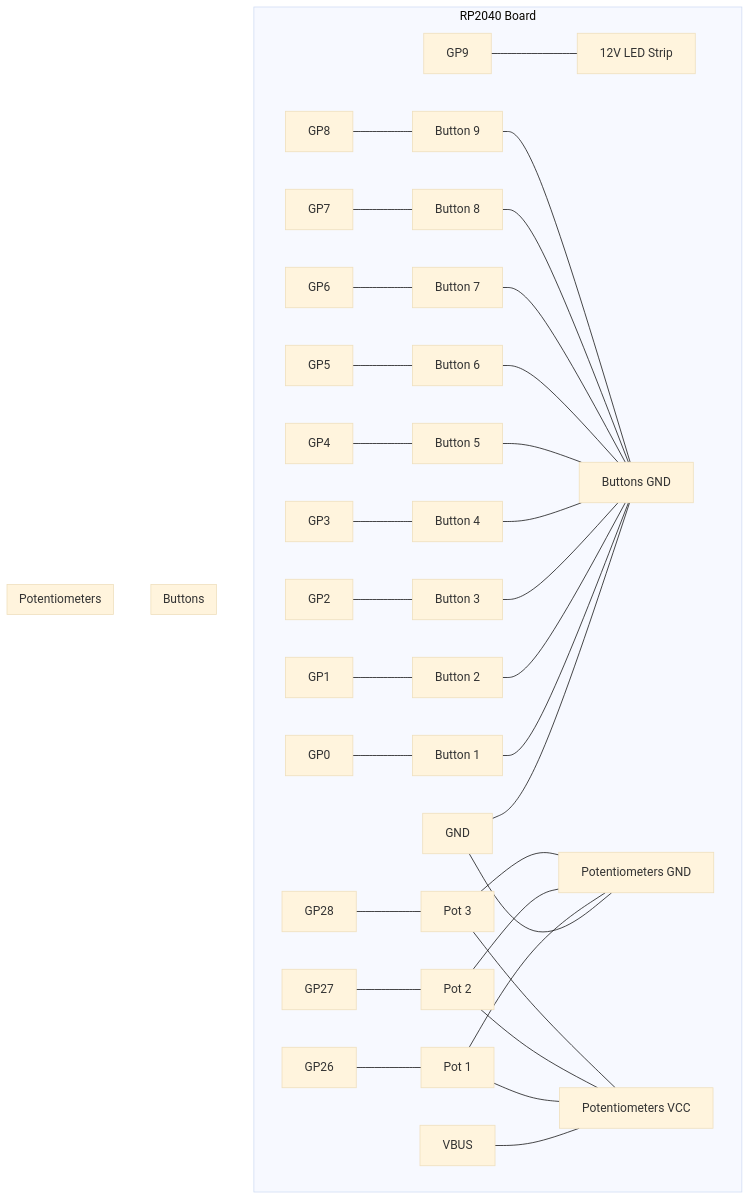
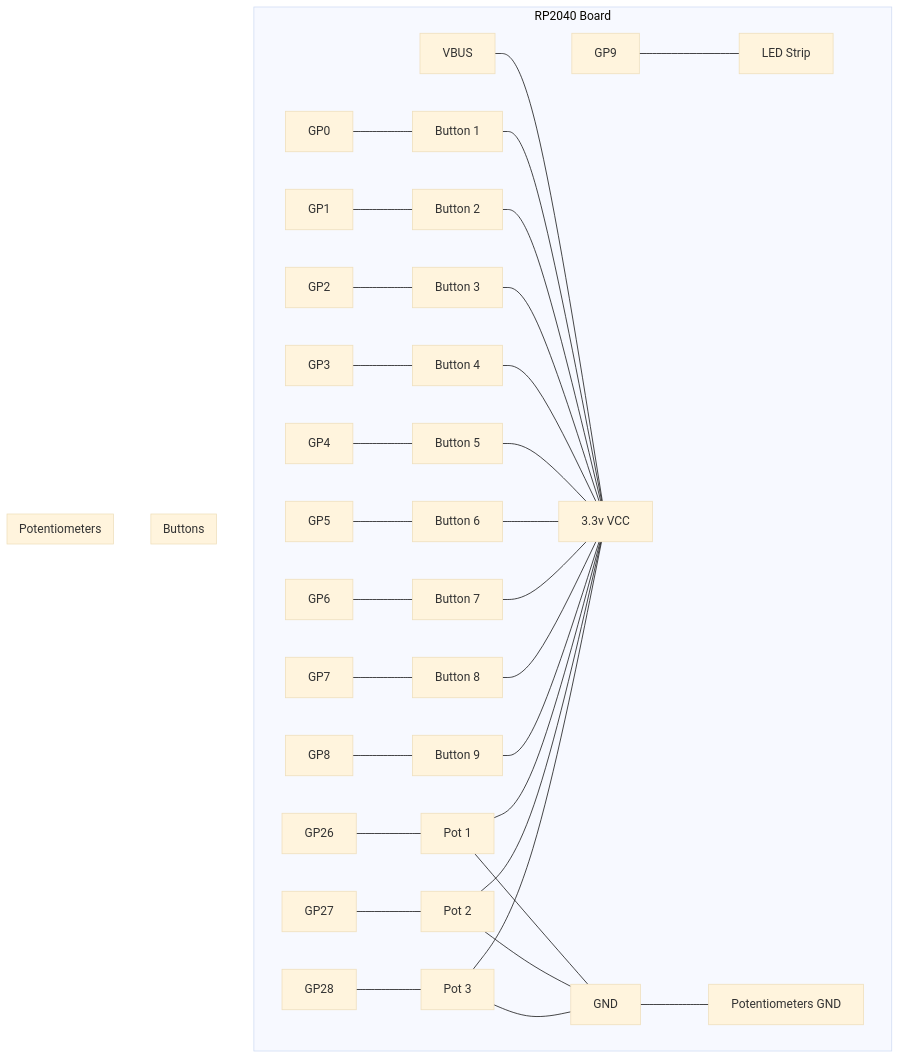
The diagram in README.md (kaa-serpent/MIDIgnon), drawn with Mermaid (base theme) before and after one commit. The commit also changed other lines of this file, not shown here.

Commit message:
update read me

````diff
--- a/README.md
+++ b/README.md
@@ -39,46 +39,45 @@
 ```mermaid
 graph TD
     subgraph RP2040 Board
         GP0 --- B1[Button 1]
         GP1 --- B2[Button 2]
         GP2 --- B3[Button 3]
         GP3 --- B4[Button 4]
         GP4 --- B5[Button 5]
         GP5 --- B6[Button 6]
         GP6 --- B7[Button 7]
         GP7 --- B8[Button 8]
         GP8 --- B9[Button 9]
 
         GP26 --- P1[Pot 1]
         GP27 --- P2[Pot 2]
         GP28 --- P3[Pot 3]
 
-        GP9 --- LED[12V LED Strip]
+        GP9 --- LED[LED Strip]
         
-        GND --- GND_B[Buttons GND]
+        VBUS --- VCC[3.3v VCC]
         GND --- GND_P[Potentiometers GND]
-        VBUS --- VCC_P[Potentiometers VCC]
     end
 
     subgraph Buttons
-        B1 --- GND_B
-        B2 --- GND_B
-        B3 --- GND_B
-        B4 --- GND_B
-        B5 --- GND_B
-        B6 --- GND_B
-        B7 --- GND_B
-        B8 --- GND_B
-        B9 --- GND_B
+        B1 --- VCC
+        B2 --- VCC
+        B3 --- VCC
+        B4 --- VCC
+        B5 --- VCC
+        B6 --- VCC
+        B7 --- VCC
+        B8 --- VCC
+        B9 --- VCC
     end
 
     subgraph Potentiometers
-        P1 --- VCC_P
-        P2 --- VCC_P
-        P3 --- VCC_P
-        P1 --- GND_P
-        P2 --- GND_P
-        P3 --- GND_P
+        P1 --- VCC
+        P2 --- VCC
+        P3 --- VCC
+        P1 --- GND
+        P2 --- GND
+        P3 --- GND
     end
 
 ```
````
